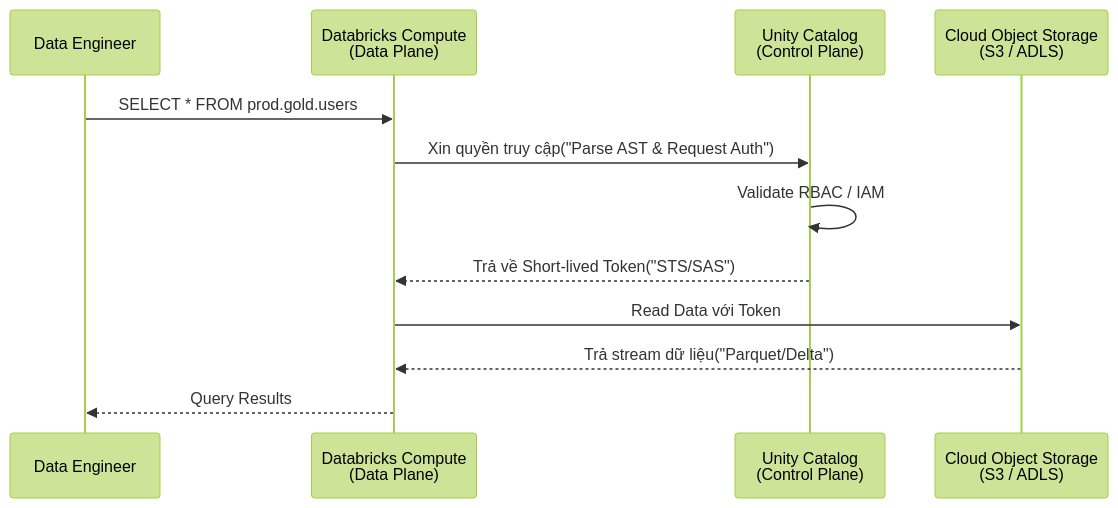
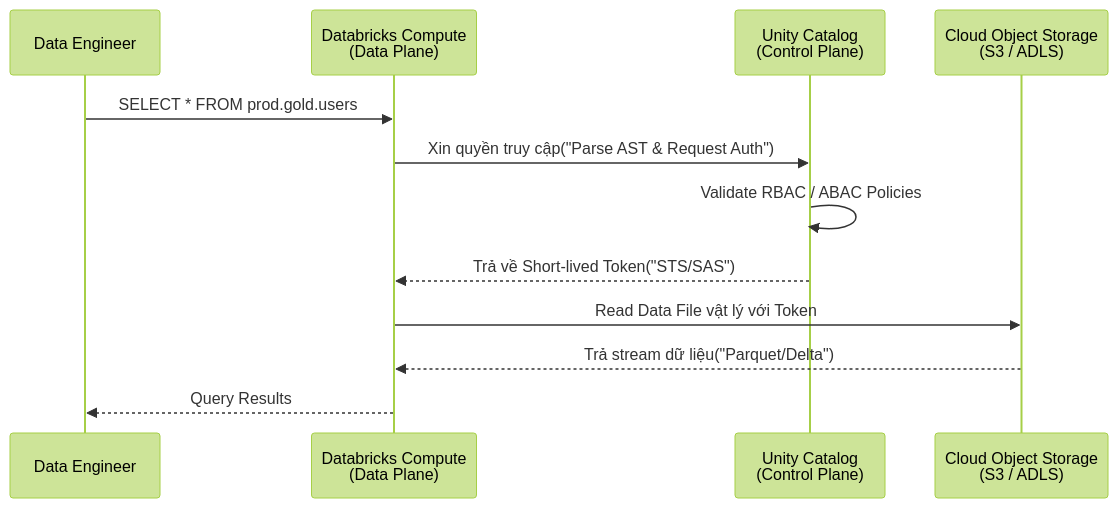
Before and after one commit to kythuatdulieu/kythuatdulieu.github.io: the diagram in src/content/docs/concepts/8-security-governance-finops/unity-catalog.md, drawn with Mermaid (forest theme). The commit also changed other lines of this file and 228 other files, not shown here.

Commit message:
Fix syntax and rewrite 200+ concepts docs to deep-dive system architecture and add GA4 tracking to quiz app

````diff
--- a/src/content/docs/concepts/8-security-governance-finops/unity-catalog.md
+++ b/src/content/docs/concepts/8-security-governance-finops/unity-catalog.md
@@ -31,15 +31,15 @@
 ```mermaid
 sequenceDiagram
     participant User as Data Engineer
     participant Cluster as Databricks Compute<br>(Data Plane)
     participant UC as Unity Catalog<br>(Control Plane)
     participant Storage as Cloud Object Storage<br>(S3 / ADLS)
 
     User->>Cluster: SELECT * FROM prod.gold.users
     Cluster->>UC: Xin quyền truy cập("Parse AST & Request Auth")
-    UC->>UC: Validate RBAC / IAM
+    UC->>UC: Validate RBAC / ABAC Policies
     UC-->>Cluster: Trả về Short-lived Token("STS/SAS")
-    Cluster->>Storage: Read Data với Token
+    Cluster->>Storage: Read Data File vật lý với Token
     Storage-->>Cluster: Trả stream dữ liệu("Parquet/Delta")
     Cluster-->>User: Query Results
 ```
````
